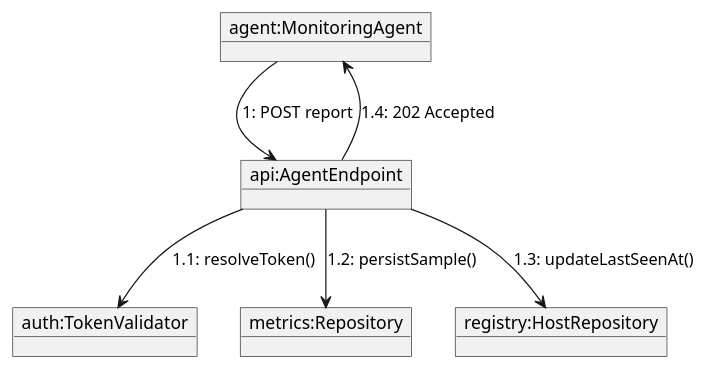
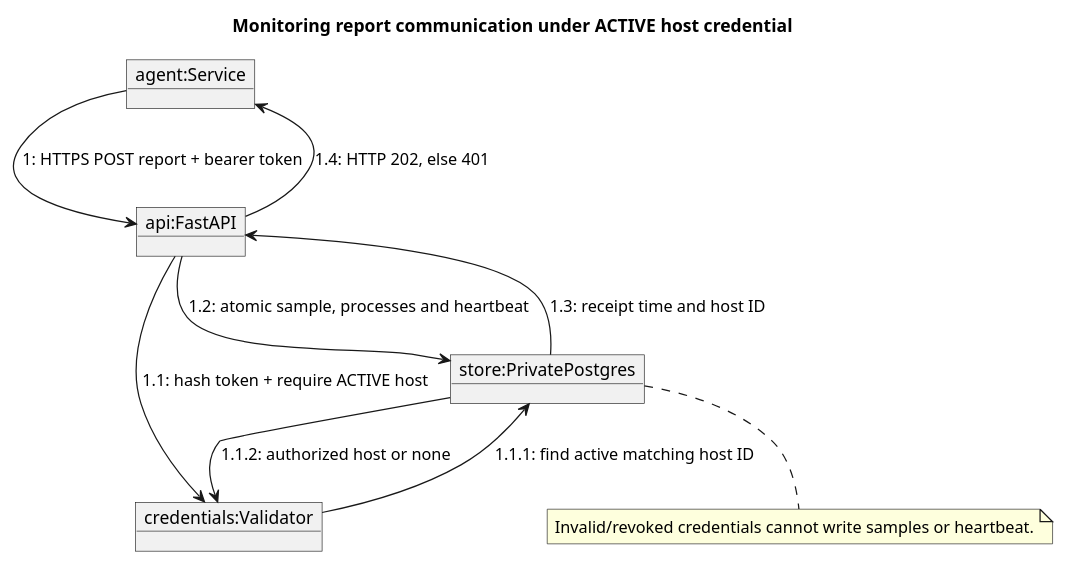
One commit to Adam-BArbia/fleetluma changed the diagram in docs/uml/plantuml/26_communication_ingestion.puml. Above: the diagram before and after it, drawn with PlantUML.

Commit message:
docs(FL-31): reconcile remaining package and workflow UML 26_communication_ingestion.puml

```diff
--- a/docs/uml/plantuml/26_communication_ingestion.puml
+++ b/docs/uml/plantuml/26_communication_ingestion.puml
@@ -1,12 +1,15 @@
 @startuml 26_communication_ingestion
-object "agent:MonitoringAgent" as A
-object "api:AgentEndpoint" as B
-object "auth:TokenValidator" as C
-object "metrics:Repository" as D
-object "registry:HostRepository" as E
-A --> B : 1: POST report
-B --> C : 1.1: resolveToken()
-B --> D : 1.2: persistSample()
-B --> E : 1.3: updateLastSeenAt()
-B --> A : 1.4: 202 Accepted
+title Monitoring report communication under ACTIVE host credential
+object "agent:Service" as Agent
+object "api:FastAPI" as API
+object "credentials:Validator" as Validator
+object "store:PrivatePostgres" as Store
+Agent --> API : 1: HTTPS POST report + bearer token
+API --> Validator : 1.1: hash token + require ACTIVE host
+Validator --> Store : 1.1.1: find active matching host ID
+Store --> Validator : 1.1.2: authorized host or none
+API --> Store : 1.2: atomic sample, processes and heartbeat
+Store --> API : 1.3: receipt time and host ID
+API --> Agent : 1.4: HTTP 202, else 401
+note bottom of Store : Invalid/revoked credentials cannot write samples or heartbeat.
 @enduml
```
